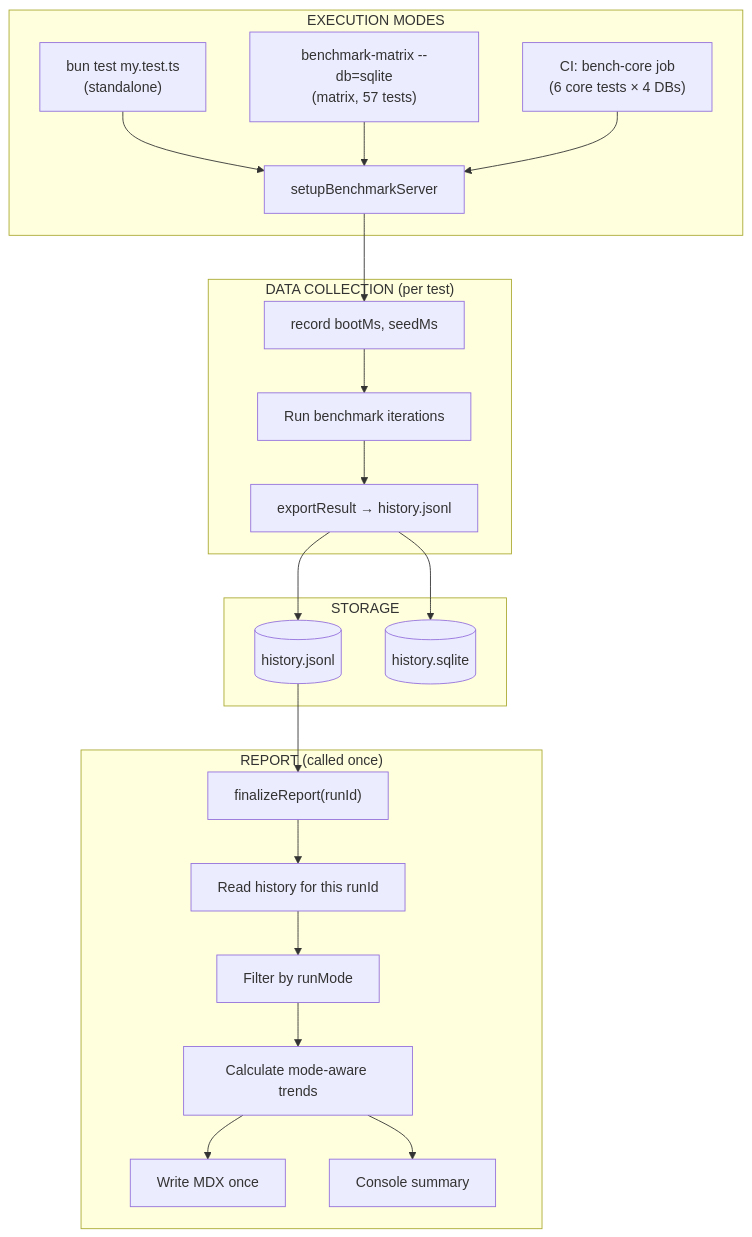
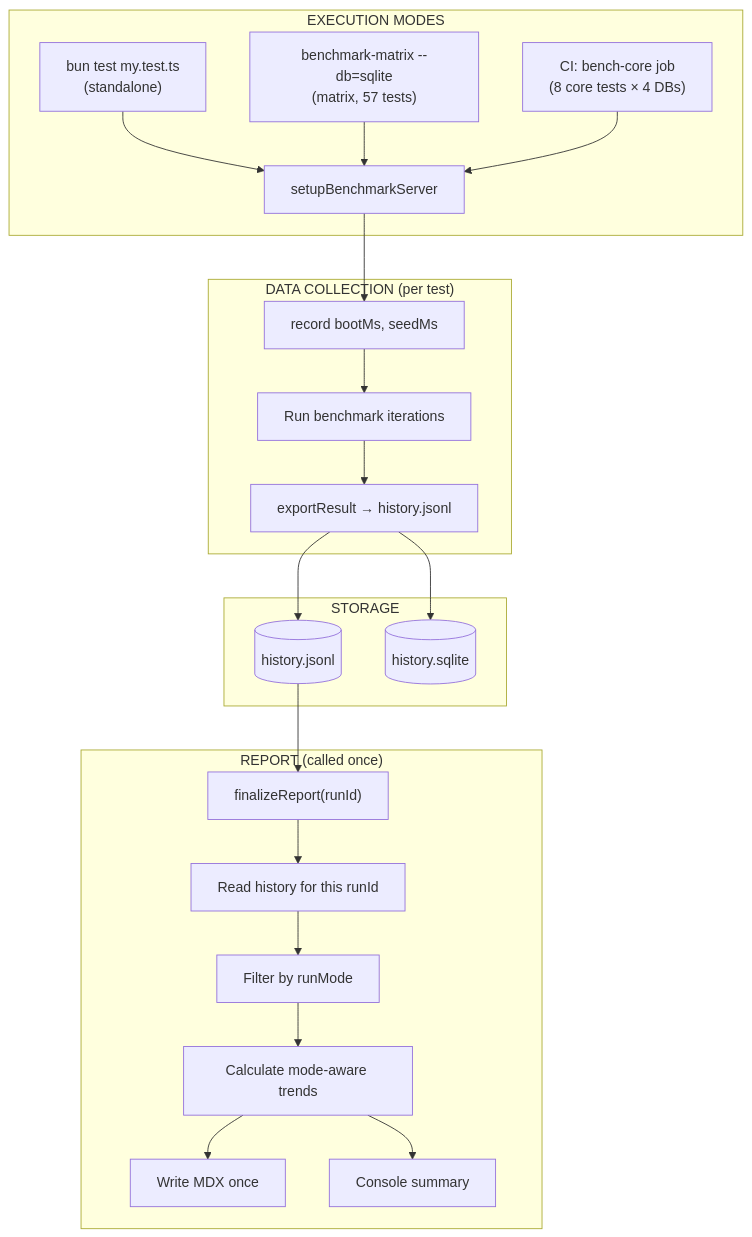
Before and after one commit to SveltyCMS/SveltyCMS: the diagram in docs/reference/architecture/benchmark-data-model.mdx, drawn with Mermaid. The commit also changed other lines of this file and 13 other files, not shown here.

````diff
--- a/docs/reference/architecture/benchmark-data-model.mdx
+++ b/docs/reference/architecture/benchmark-data-model.mdx
@@ -25,32 +25,32 @@
 ```mermaid
 flowchart TD
     subgraph Run["EXECUTION MODES"]
         A["bun test my.test.ts<br/>(standalone)"] --> D
         B["benchmark-matrix --db=sqlite<br/>(matrix, 57 tests)"] --> D
-        C["CI: bench-core job<br/>(6 core tests × 4 DBs)"] --> D
+        C["CI: bench-core job<br/>(8 core tests × 4 DBs)"] --> D
     end
 
     subgraph Collect["DATA COLLECTION (per test)"]
         D[setupBenchmarkServer] --> E[record bootMs, seedMs]
         E --> F[Run benchmark iterations]
         F --> G[exportResult → history.jsonl]
     end
 
     subgraph Store["STORAGE"]
         H[("history.jsonl")]
         I[("history.sqlite")]
     end
 
     G --> H
     G --> I
 
     subgraph Finalize["REPORT (called once)"]
         J["finalizeReport(runId)"] --> K[Read history for this runId]
         K --> L[Filter by runMode]
         L --> M[Calculate mode-aware trends]
         M --> N[Write MDX once]
         M --> O[Console summary]
     end
 
     H --> J
 ```
````
